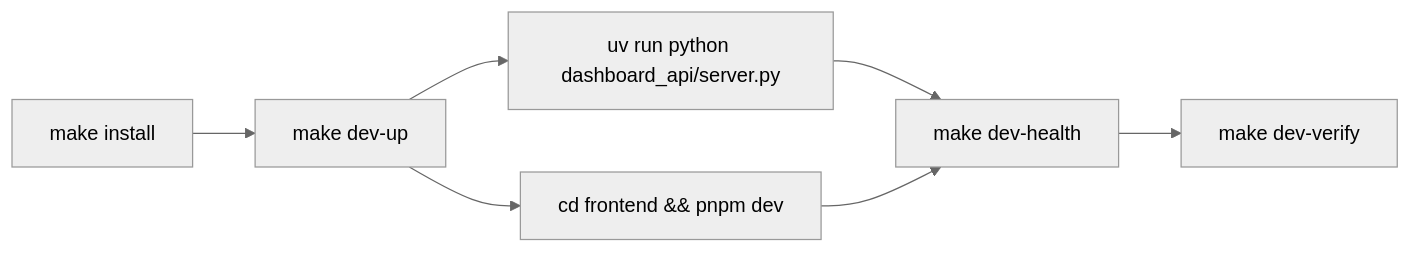
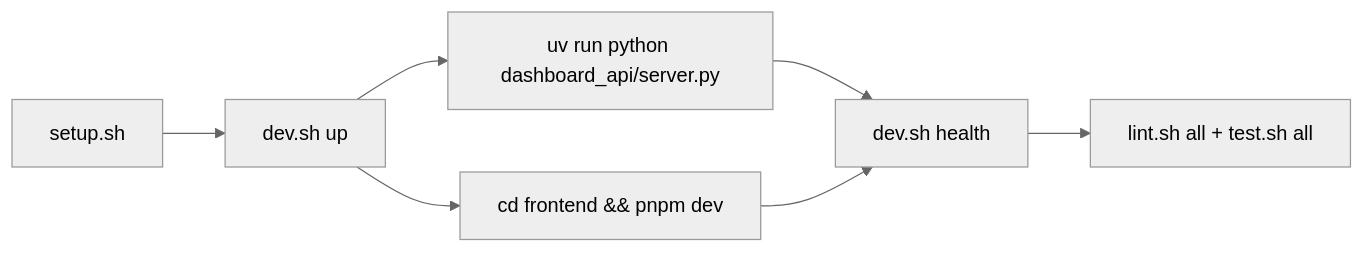
One commit to superfox247/AgentDevelopment changed the eighth of 11 diagrams in docs/PLATFORM_GUIDE.md. Above: the diagram before and after it, drawn with Mermaid (neutral theme). The commit also changed other lines of this file and 2 other files, not shown here.

Commit message:
docs: replace all make/Makefile references with current script commands (setup/dev/lint/test .ps1/.sh)

````diff
--- a/docs/PLATFORM_GUIDE.md
+++ b/docs/PLATFORM_GUIDE.md
@@ -235,9 +235,9 @@
 ```mermaid
 flowchart LR
-    Install[make install] --> Infra[make dev-up]
+    Install[setup.sh] --> Infra[dev.sh up]
     Infra --> API[uv run python dashboard_api/server.py]
     Infra --> FE[cd frontend && pnpm dev]
-    API --> Verify[make dev-health]
+    API --> Verify[dev.sh health]
     FE --> Verify
-    Verify --> Full[make dev-verify]
+    Verify --> Full[lint.sh all + test.sh all]
 ```
````
